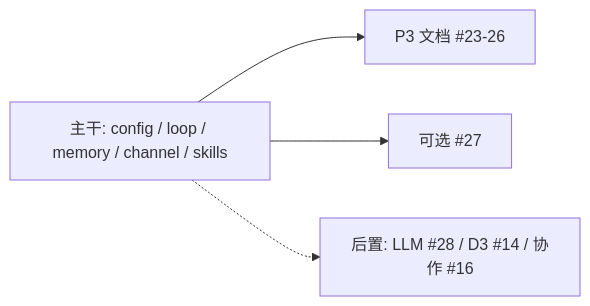
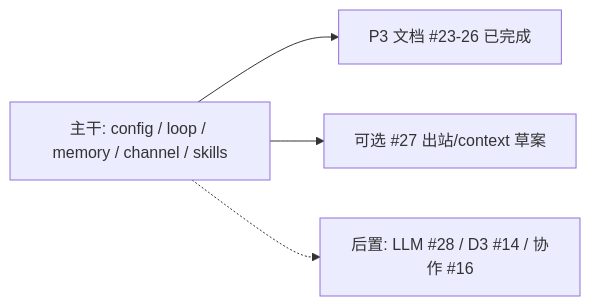
Before and after one commit to lengzhao/oneclaw: the diagram in docs/todo.md, drawn with Mermaid. The commit also changed other lines of this file and 25 other files, not shown here.

````diff
--- a/docs/todo.md
+++ b/docs/todo.md
@@ -196,10 +220,10 @@
 ```mermaid
 flowchart LR
   DONE[主干: config / loop / memory / channel / skills]
-  DOC[P3 文档 #23-26]
-  OPT[可选 #27]
+  DOC[P3 文档 #23-26 已完成]
+  OPT[可选 #27 出站/context 草案]
   POST[后置: LLM #28 / D3 #14 / 协作 #16]
   DONE --> DOC
   DONE --> OPT
   DONE -.-> POST
 ```
````
